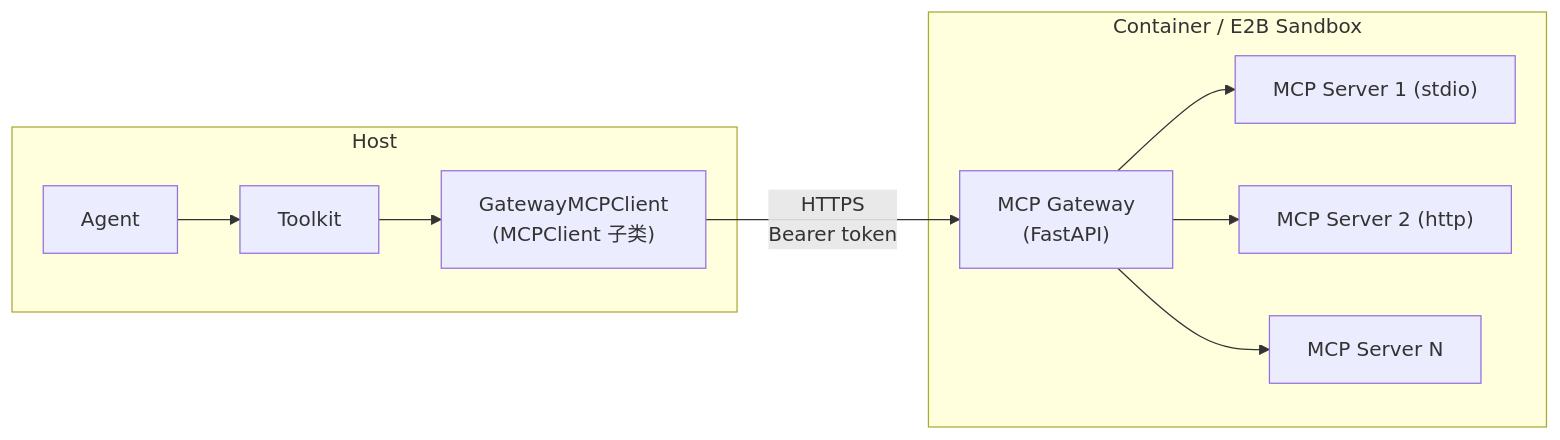
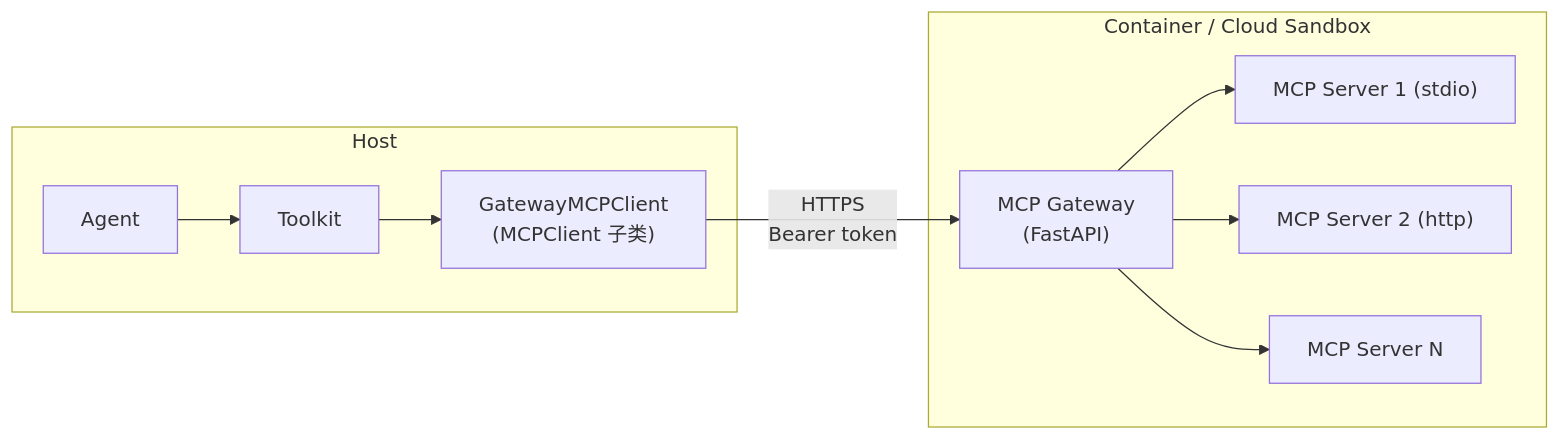
One commit to Osier-Yi/docs changed the diagram in versions/2.0.5dev/zh/building-blocks/workspace.mdx. Above: the diagram before and after it, drawn with Mermaid. The commit also changed other lines of this file and 8 other files, not shown here.

````diff
--- a/versions/2.0.5dev/zh/building-blocks/workspace.mdx
+++ b/versions/2.0.5dev/zh/building-blocks/workspace.mdx
@@ -233,14 +265,14 @@
 ```mermaid
 flowchart LR
     subgraph Host
         Agent --> Toolkit
         Toolkit --> GC["GatewayMCPClient<br/>(MCPClient 子类)"]
     end
 
-    subgraph Sandbox["Container / E2B Sandbox"]
+    subgraph Sandbox["Container / Cloud Sandbox"]
         GC -- "HTTPS<br/>Bearer token" --> GW["MCP Gateway<br/>(FastAPI)"]
         GW --> MCP1["MCP Server 1 (stdio)"]
         GW --> MCP2["MCP Server 2 (http)"]
         GW --> MCPN["MCP Server N"]
     end
 ```
````
